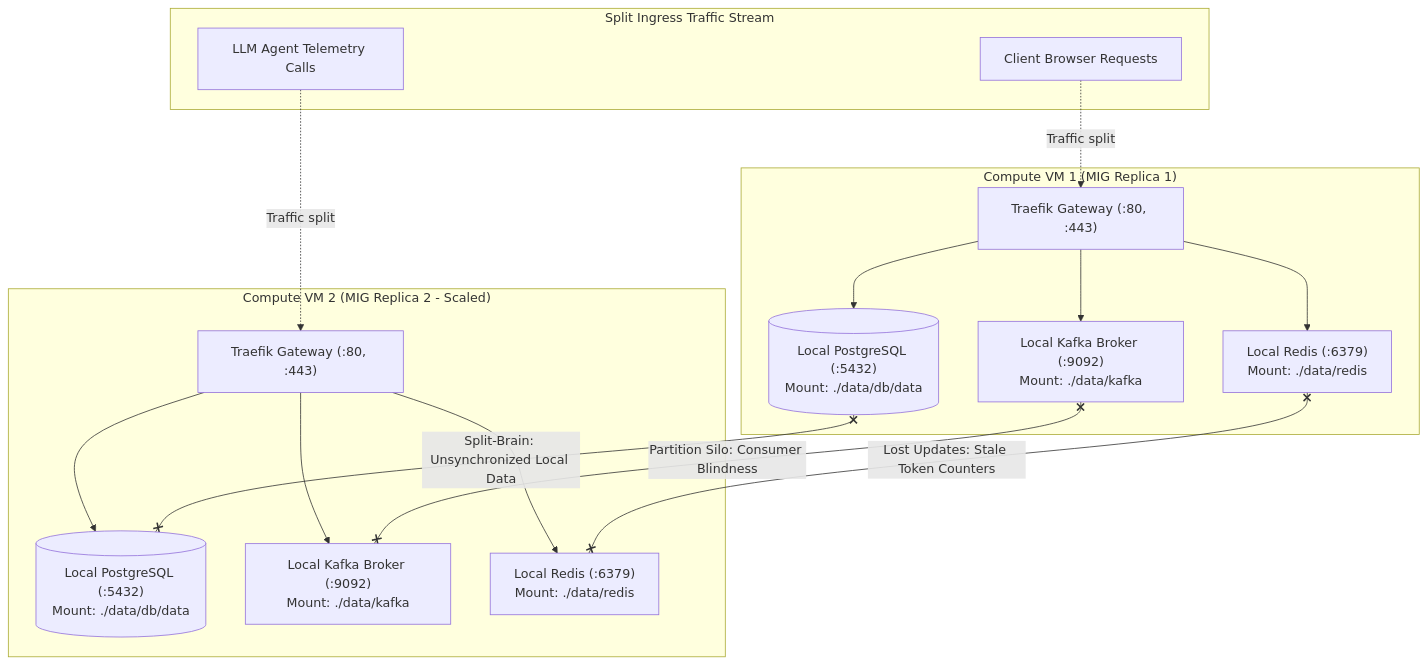
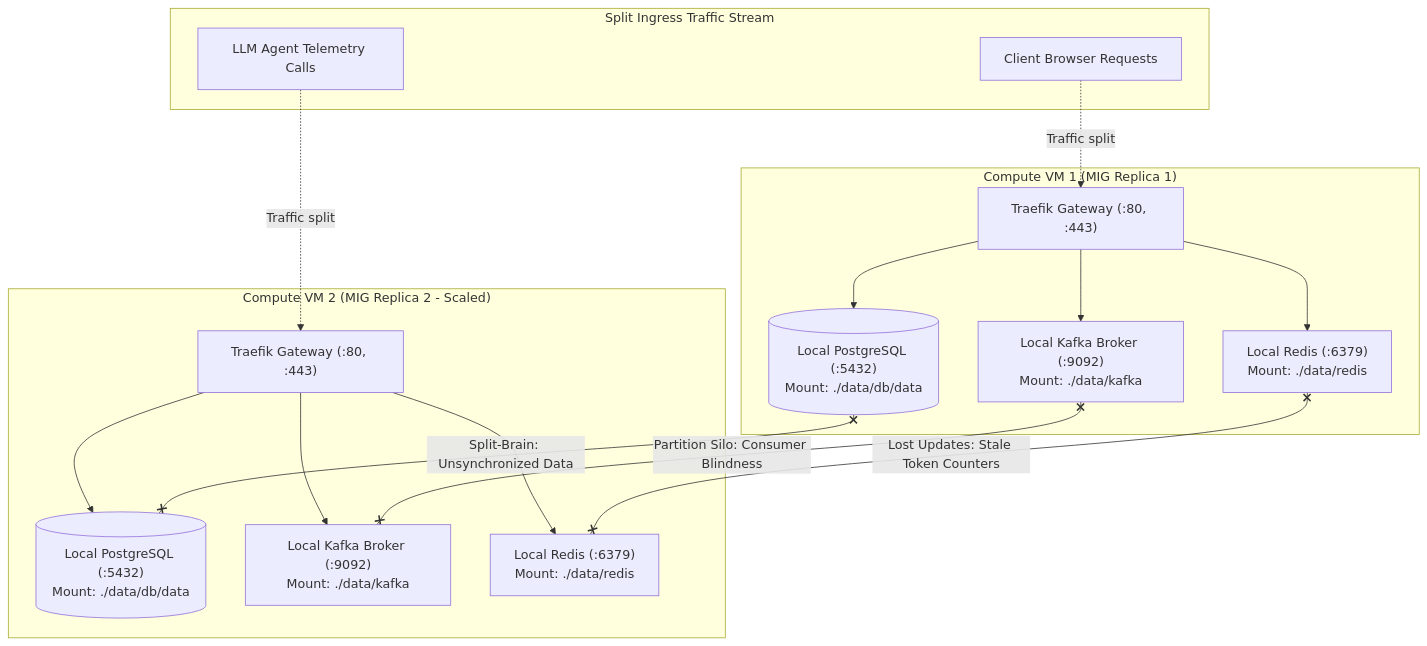
The first of 10 diagrams in docs/architectureDoc/adr-0021-stateless-compute-autoscaling-and-stateful-plane-decoupling.md (Chief-Strategist-J/llm-obs-infra), drawn with Mermaid before and after one commit. The commit also changed other lines of this file, not shown here.

Commit message:
fix(adr-0021): sanitize all Mermaid edge and node labels for universal parser compatibility

````diff
--- a/docs/architectureDoc/adr-0021-stateless-compute-autoscaling-and-stateful-plane-decoupling.md
+++ b/docs/architectureDoc/adr-0021-stateless-compute-autoscaling-and-stateful-plane-decoupling.md
@@ -37,34 +37,34 @@
 ```mermaid
 flowchart TD
     subgraph Clients["Split Ingress Traffic Stream"]
         C1["Client Browser Requests"]
         C2["LLM Agent Telemetry Calls"]
     end
 
     subgraph Node1["Compute VM 1 (MIG Replica 1)"]
         T1["Traefik Gateway (:80, :443)"]
         DB1[("Local PostgreSQL (:5432)<br/>Mount: ./data/db/data")]
         K1["Local Kafka Broker (:9092)<br/>Mount: ./data/kafka"]
         R1["Local Redis (:6379)<br/>Mount: ./data/redis"]
         T1 --> DB1
         T1 --> K1
         T1 --> R1
     end
 
     subgraph Node2["Compute VM 2 (MIG Replica 2 - Scaled)"]
         T2["Traefik Gateway (:80, :443)"]
         DB2[("Local PostgreSQL (:5432)<br/>Mount: ./data/db/data")]
         K2["Local Kafka Broker (:9092)<br/>Mount: ./data/kafka"]
         R2["Local Redis (:6379)<br/>Mount: ./data/redis"]
         T2 --> DB2
         T2 --> K2
         T2 --> R2
     end
 
     C1 -. Traffic split .-> T1
     C2 -. Traffic split .-> T2
 
-    DB1 x--x|"Split-Brain: Unsynchronized Local Data"| DB2
-    K1 x--x|"Partition Silo: Consumer Blindness"| K2
-    R1 x--x|"Lost Updates: Stale Token Counters"| R2
+    DB1 x--x|Split-Brain: Unsynchronized Data| DB2
+    K1 x--x|Partition Silo: Consumer Blindness| K2
+    R1 x--x|Lost Updates: Stale Token Counters| R2
 ```
````
